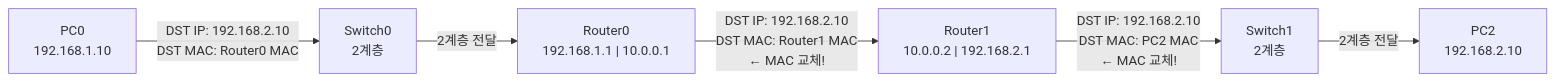
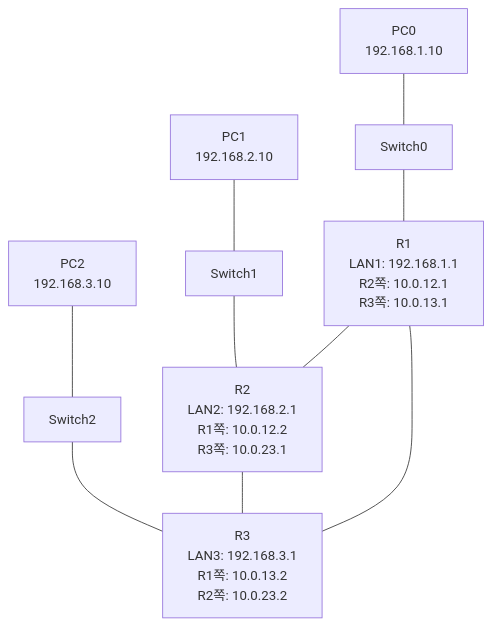
The diagram in _posts/network/2026-03-09-network-10.md (sbaek100/sbaek100.github.io), drawn with Mermaid before and after one commit. The commit also changed other lines of this file and 9 other files, not shown here.

````diff
--- a/_posts/network/2026-03-09-network-10.md
+++ b/_posts/network/2026-03-09-network-10.md
@@ -146,15 +31,22 @@
 ```mermaid
-graph LR
+graph TB
     PC0["PC0<br/>192.168.1.10"]
-    SW0["Switch0<br/>2계층"]
-    R0["Router0<br/>192.168.1.1 | 10.0.0.1"]
-    R1["Router1<br/>10.0.0.2 | 192.168.2.1"]
-    SW1["Switch1<br/>2계층"]
-    PC2["PC2<br/>192.168.2.10"]
+    SW0["Switch0"]
+    R1["R1<br/>LAN1: 192.168.1.1<br/>R2쪽: 10.0.12.1<br/>R3쪽: 10.0.13.1"]
 
-    PC0 -->|"DST IP: 192.168.2.10<br/>DST MAC: Router0 MAC"| SW0
-    SW0 -->|"2계층 전달"| R0
-    R0 -->|"DST IP: 192.168.2.10<br/>DST MAC: Router1 MAC<br/>← MAC 교체!"| R1
-    R1 -->|"DST IP: 192.168.2.10<br/>DST MAC: PC2 MAC<br/>← MAC 교체!"| SW1
-    SW1 -->|"2계층 전달"| PC2
+    PC1["PC1<br/>192.168.2.10"]
+    SW1["Switch1"]
+    R2["R2<br/>LAN2: 192.168.2.1<br/>R1쪽: 10.0.12.2<br/>R3쪽: 10.0.23.1"]
+
+    PC2["PC2<br/>192.168.3.10"]
+    SW2["Switch2"]
+    R3["R3<br/>LAN3: 192.168.3.1<br/>R1쪽: 10.0.13.2<br/>R2쪽: 10.0.23.2"]
+
+    PC0 --- SW0 --- R1
+    PC1 --- SW1 --- R2
+    PC2 --- SW2 --- R3
+
+    R1 --- R2
+    R2 --- R3
+    R1 --- R3
 ```
````
